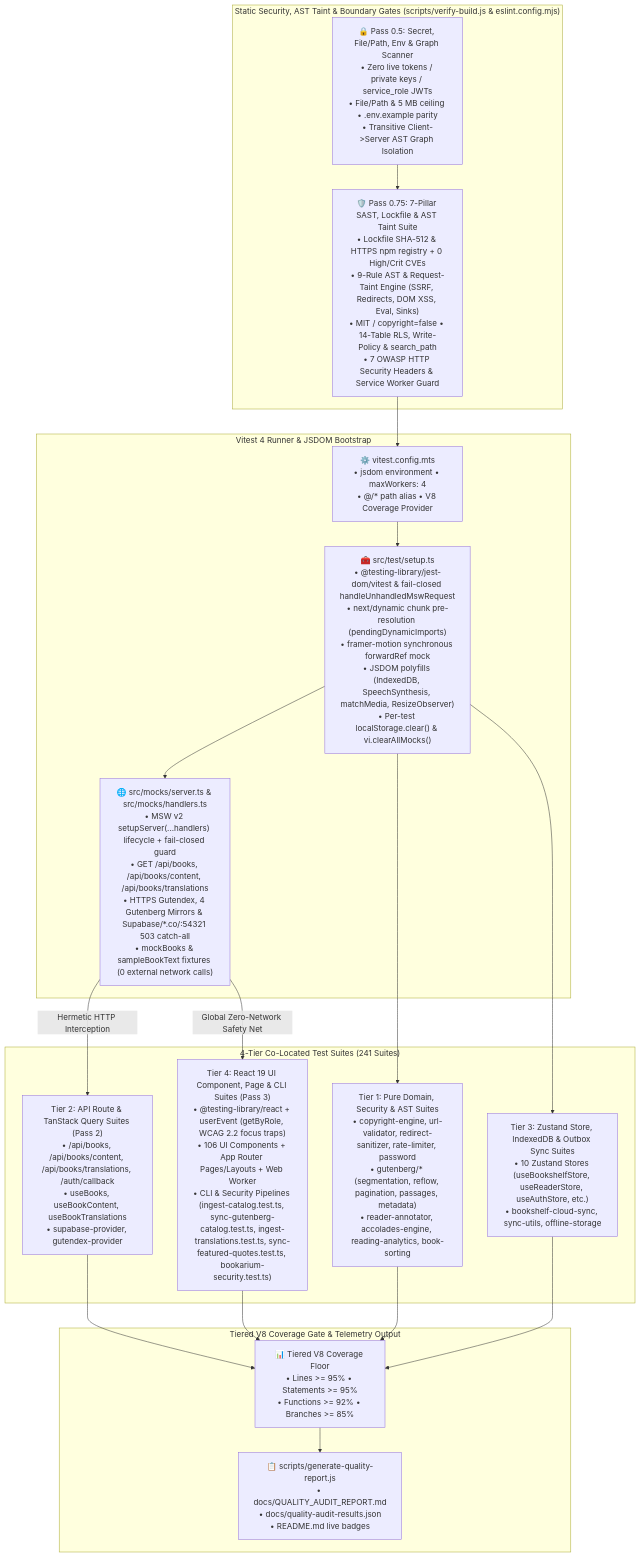
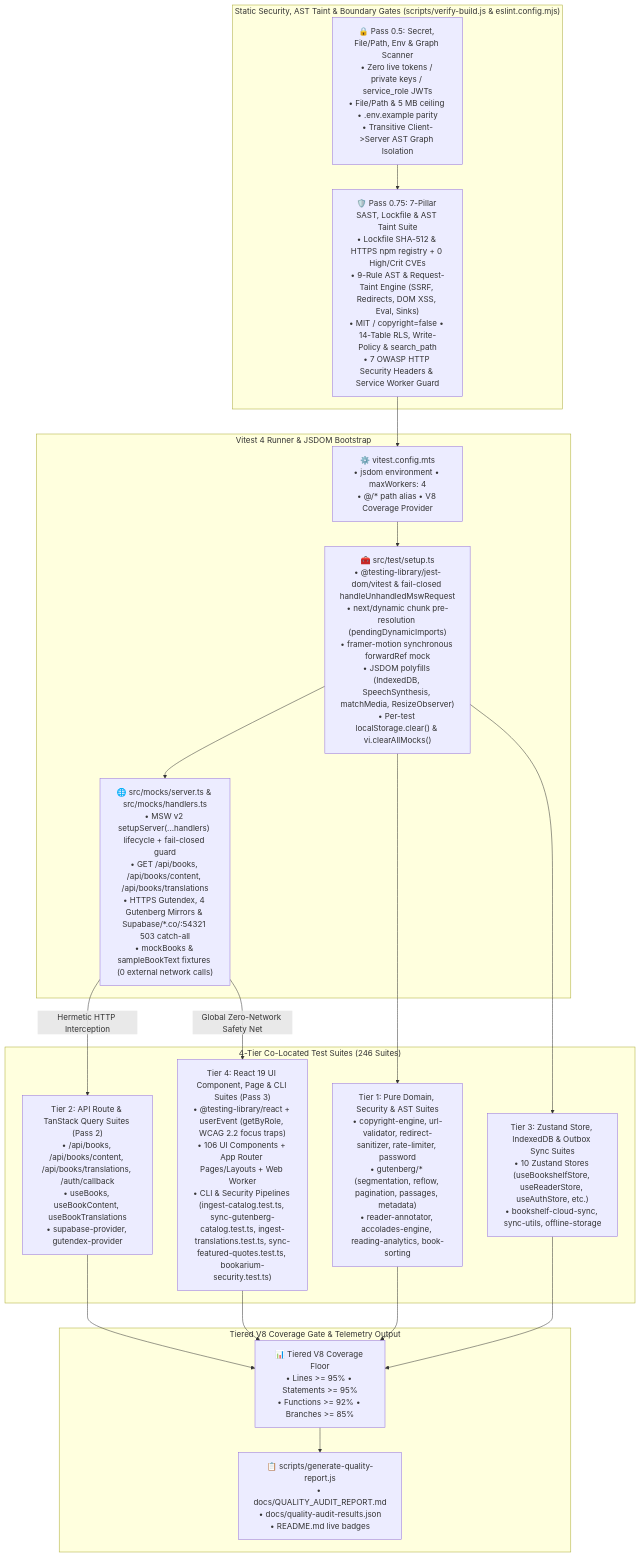
One commit to calin-m/Bookarium changed the ninth of 13 diagrams in docs/ARCHITECTURE.md. Above: the diagram before and after it, drawn with Mermaid. The commit also changed other lines of this file and 45 other files, not shown here.

First line of the commit message:
feat(seo): add sort-aware headings, holistic route SEO/schema, and AST architecture sync (v2.9.26)

````diff
--- a/docs/ARCHITECTURE.md
+++ b/docs/ARCHITECTURE.md
@@ -1139,39 +1164,39 @@
 ```mermaid
 flowchart TD
     subgraph SecurityGates ["Static Security, AST Taint & Boundary Gates (scripts/verify-build.js & eslint.config.mjs)"]
         Pass05["🔒 Pass 0.5: Secret, File/Path, Env & Graph Scanner\n• Zero live tokens / private keys / service_role JWTs\n• File/Path & 5 MB ceiling • .env.example parity\n• Transitive Client->Server AST Graph Isolation"]
         Pass075["🛡️ Pass 0.75: 7-Pillar SAST, Lockfile & AST Taint Suite\n• Lockfile SHA-512 & HTTPS npm registry + 0 High/Crit CVEs\n• 9-Rule AST & Request-Taint Engine (SSRF, Redirects, DOM XSS, Eval, Sinks)\n• MIT / copyright=false • 14-Table RLS, Write-Policy & search_path\n• 7 OWASP HTTP Security Headers & Service Worker Guard"]
     end
 
     subgraph TestRunner ["Vitest 4 Runner & JSDOM Bootstrap"]
         VitestCfg["⚙️ vitest.config.mts\n• jsdom environment • maxWorkers: 4\n• @/* path alias • V8 Coverage Provider"]
         TestSetup["🧰 src/test/setup.ts\n• @testing-library/jest-dom/vitest & fail-closed handleUnhandledMswRequest\n• next/dynamic chunk pre-resolution (pendingDynamicImports)\n• framer-motion synchronous forwardRef mock\n• JSDOM polyfills (IndexedDB, SpeechSynthesis, matchMedia, ResizeObserver)\n• Per-test localStorage.clear() & vi.clearAllMocks()"]
         MSWServer["🌐 src/mocks/server.ts & src/mocks/handlers.ts\n• MSW v2 setupServer(...handlers) lifecycle + fail-closed guard\n• GET /api/books, /api/books/content, /api/books/translations\n• HTTPS Gutendex, 4 Gutenberg Mirrors & Supabase/*.co/:54321 503 catch-all\n• mockBooks & sampleBookText fixtures (0 external network calls)"]
     end
 
-    subgraph TestTiers ["4-Tier Co-Located Test Suites (241 Suites)"]
+    subgraph TestTiers ["4-Tier Co-Located Test Suites (246 Suites)"]
         Tier1["Tier 1: Pure Domain, Security & AST Suites\n• copyright-engine, url-validator, redirect-sanitizer, rate-limiter, password\n• gutenberg/* (segmentation, reflow, pagination, passages, metadata)\n• reader-annotator, accolades-engine, reading-analytics, book-sorting"]
         Tier2["Tier 2: API Route & TanStack Query Suites (Pass 2)\n• /api/books, /api/books/content, /api/books/translations, /auth/callback\n• useBooks, useBookContent, useBookTranslations\n• supabase-provider, gutendex-provider"]
         Tier3["Tier 3: Zustand Store, IndexedDB & Outbox Sync Suites\n• 10 Zustand Stores (useBookshelfStore, useReaderStore, useAuthStore, etc.)\n• bookshelf-cloud-sync, sync-utils, offline-storage"]
         Tier4["Tier 4: React 19 UI Component, Page & CLI Suites (Pass 3)\n• @testing-library/react + userEvent (getByRole, WCAG 2.2 focus traps)\n• 106 UI Components + App Router Pages/Layouts + Web Worker\n• CLI & Security Pipelines (ingest-catalog.test.ts, sync-gutenberg-catalog.test.ts, ingest-translations.test.ts, sync-featured-quotes.test.ts, bookarium-security.test.ts)"]
     end
 
     subgraph CoverageGate ["Tiered V8 Coverage Gate & Telemetry Output"]
         V8Thresholds["📊 Tiered V8 Coverage Floor\n• Lines >= 95% • Statements >= 95%\n• Functions >= 92% • Branches >= 85%"]
         QualityReport["📋 scripts/generate-quality-report.js\n• docs/QUALITY_AUDIT_REPORT.md\n• docs/quality-audit-results.json\n• README.md live badges"]
     end
 
     Pass05 --> Pass075
     Pass075 --> VitestCfg
     VitestCfg --> TestSetup
     TestSetup --> MSWServer
     TestSetup --> Tier1
     MSWServer -->|"Hermetic HTTP Interception"| Tier2
     TestSetup --> Tier3
     MSWServer -->|"Global Zero-Network Safety Net"| Tier4
     Tier1 --> V8Thresholds
     Tier2 --> V8Thresholds
     Tier3 --> V8Thresholds
     Tier4 --> V8Thresholds
     V8Thresholds --> QualityReport
 ```
````
